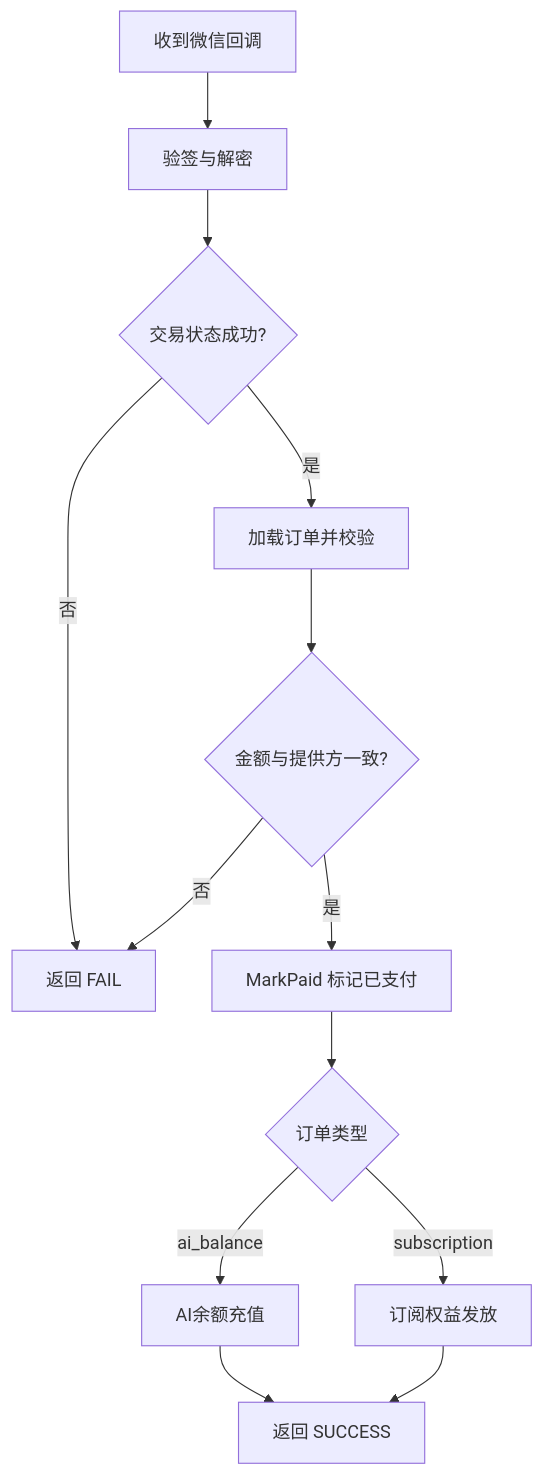
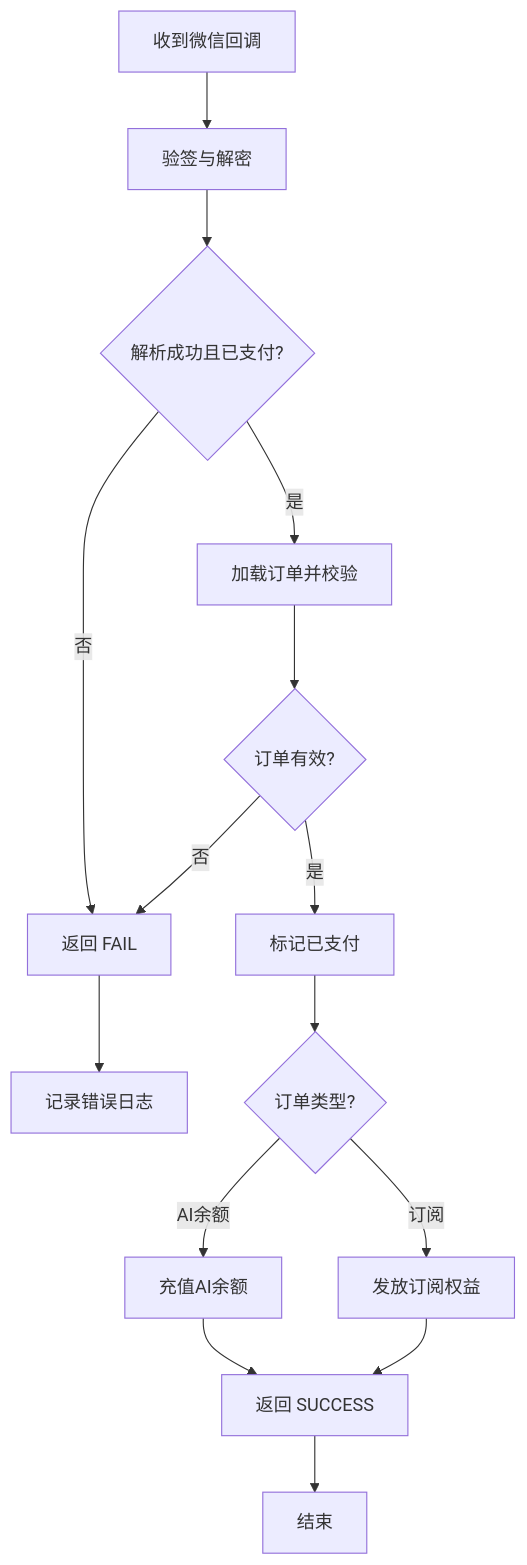
Before and after one commit to alvinwangzi/goodhr: the fifth of 5 diagrams in .qoder/repowiki/zh/content/API接口文档/云端REST API/支付订阅API/支付回调处理.md, drawn with Mermaid. The commit also changed other lines of this file and 149 other files, not shown here.

````diff
--- a/.qoder/repowiki/zh/content/API接口文档/云端REST API/支付订阅API/支付回调处理.md
+++ b/.qoder/repowiki/zh/content/API接口文档/云端REST API/支付订阅API/支付回调处理.md
@@ -282,15 +307,17 @@
 ```mermaid
 flowchart TD
 A["收到微信回调"] --> B["验签与解密"]
-B --> C{"交易状态成功?"}
+B --> C{"解析成功且已支付?"}
 C --> |否| D["返回 FAIL"]
 C --> |是| E["加载订单并校验"]
-E --> F{"金额与提供方一致?"}
+E --> F{"订单有效?"}
 F --> |否| D
-F --> |是| G["MarkPaid 标记已支付"]
-G --> H{"订单类型"}
-H --> |ai_balance| I["AI余额充值"]
-H --> |subscription| J["订阅权益发放"]
+F --> |是| G["标记已支付"]
+G --> H{"订单类型?"}
+H --> |AI余额| I["充值AI余额"]
+H --> |订阅| J["发放订阅权益"]
 I --> K["返回 SUCCESS"]
 J --> K
+D --> L["记录错误日志"]
+K --> M["结束"]
 ```
````
